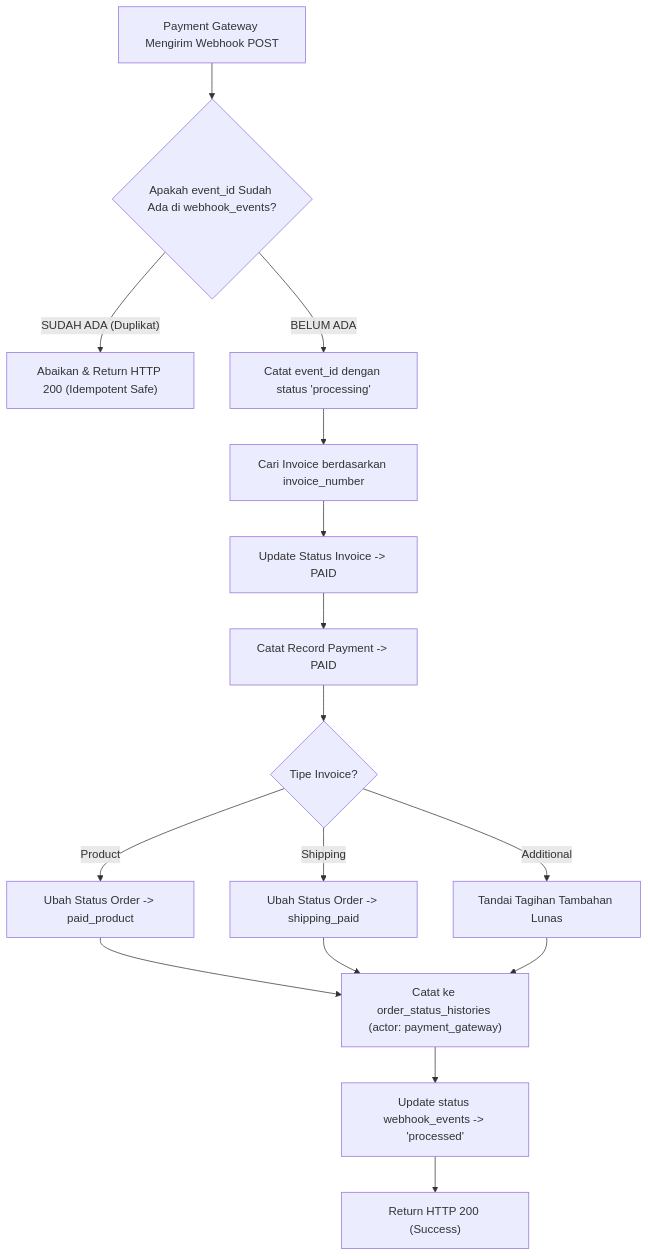
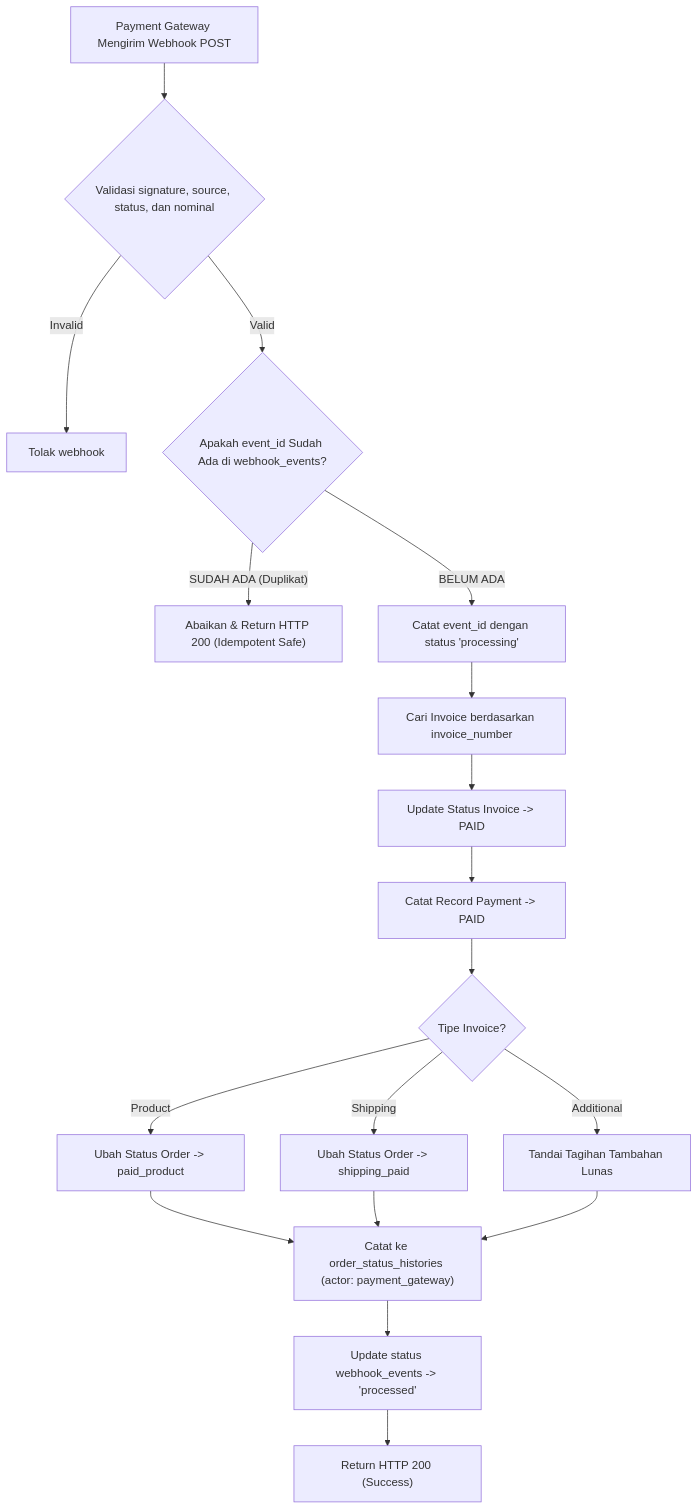
One commit to greedykid/galaksian changed the eighth of 8 diagrams in docs/BACKEND_DIAGRAMS.md. Above: the diagram before and after it, drawn with Mermaid. The commit also changed other lines of this file and 26 other files, not shown here.

Commit message:
fix(security): harden backend access and financial flows

````diff
--- a/docs/BACKEND_DIAGRAMS.md
+++ b/docs/BACKEND_DIAGRAMS.md
@@ -745,23 +754,25 @@
 ```mermaid
 flowchart TD
-    Hook["Payment Gateway Mengirim Webhook POST"] --> CheckEvent{"Apakah event_id Sudah Ada di webhook_events?"}
+    Hook["Payment Gateway Mengirim Webhook POST"] --> Verify{"Validasi signature, source, status, dan nominal"}
+    Verify -->|Invalid| Reject["Tolak webhook"]
+    Verify -->|Valid| CheckEvent{"Apakah event_id Sudah Ada di webhook_events?"}
 
     CheckEvent -- "SUDAH ADA (Duplikat)" --> Ignore["Abaikan & Return HTTP 200 (Idempotent Safe)"]
     
     CheckEvent -- "BELUM ADA" --> RecordLock["Catat event_id dengan status 'processing'"]
     RecordLock --> FindInv["Cari Invoice berdasarkan invoice_number"]
     FindInv --> PayInv["Update Status Invoice -> PAID"]
     PayInv --> CreatePayment["Catat Record Payment -> PAID"]
     
     CreatePayment --> CheckType{"Tipe Invoice?"}
     CheckType -- "Product" --> SetPaidProd["Ubah Status Order -> paid_product"]
     CheckType -- "Shipping" --> SetPaidShip["Ubah Status Order -> shipping_paid"]
     CheckType -- "Additional" --> SetPaidAdd["Tandai Tagihan Tambahan Lunas"]
     
     SetPaidProd --> LogHist["Catat ke order_status_histories (actor: payment_gateway)"]
     SetPaidShip --> LogHist
     SetPaidAdd --> LogHist
     
     LogHist --> MarkDone["Update status webhook_events -> 'processed'"]
     MarkDone --> ResponseOK["Return HTTP 200 (Success)"]
 ```
````
